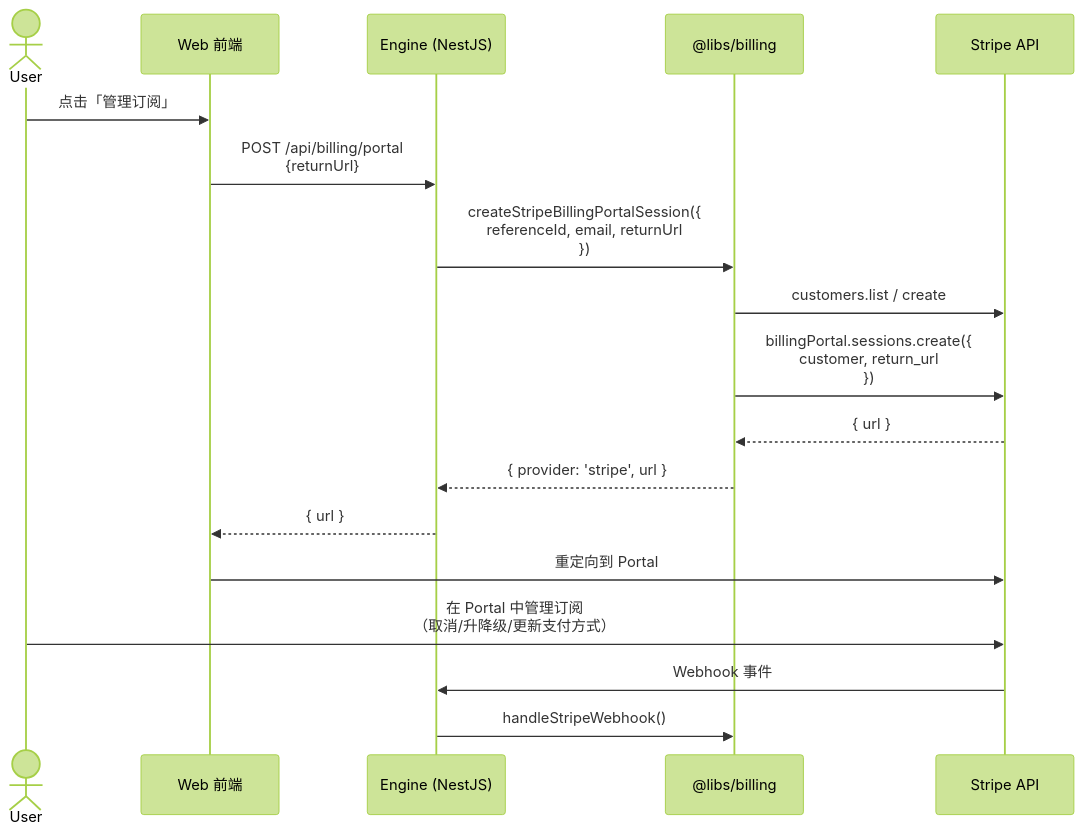
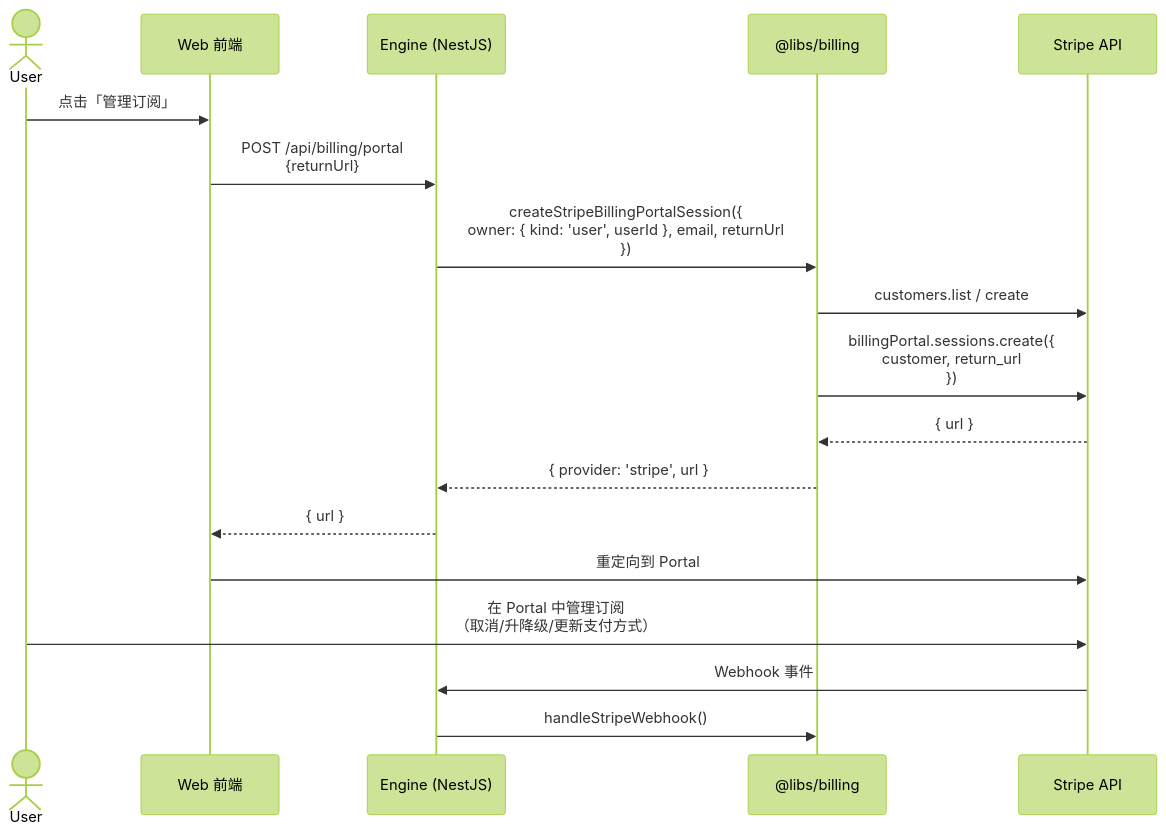
One commit to forkpath/ray changed the third of 6 diagrams in libs/billing/GUIDE.md. Above: the diagram before and after it, drawn with Mermaid (forest theme). The commit also changed other lines of this file and 19 other files, not shown here.

Commit message:
feat(billing): add owner compatibility routing

````diff
--- a/libs/billing/GUIDE.md
+++ b/libs/billing/GUIDE.md
@@ -307,21 +307,21 @@
 ```mermaid
 sequenceDiagram
     actor User
     participant Web as Web 前端
     participant Engine as Engine (NestJS)
     participant Billing as @libs/billing
     participant Stripe as Stripe API
 
     User->>Web: 点击「管理订阅」
     Web->>Engine: POST /api/billing/portal<br>{returnUrl}
-    Engine->>Billing: createStripeBillingPortalSession({<br>  referenceId, email, returnUrl<br>})
+    Engine->>Billing: createStripeBillingPortalSession({<br>  owner: { kind: 'user', userId }, email, returnUrl<br>})
     Billing->>Stripe: customers.list / create
     Billing->>Stripe: billingPortal.sessions.create({<br>  customer, return_url<br>})
     Stripe-->>Billing: { url }
     Billing-->>Engine: { provider: 'stripe', url }
     Engine-->>Web: { url }
     Web->>Stripe: 重定向到 Portal
     User->>Stripe: 在 Portal 中管理订阅<br>（取消/升降级/更新支付方式）
     Stripe->>Engine: Webhook 事件
     Engine->>Billing: handleStripeWebhook()
 ```
````
